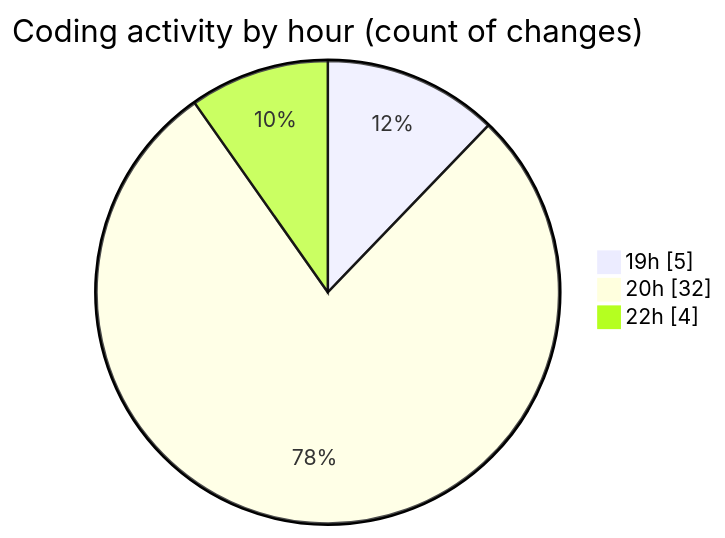
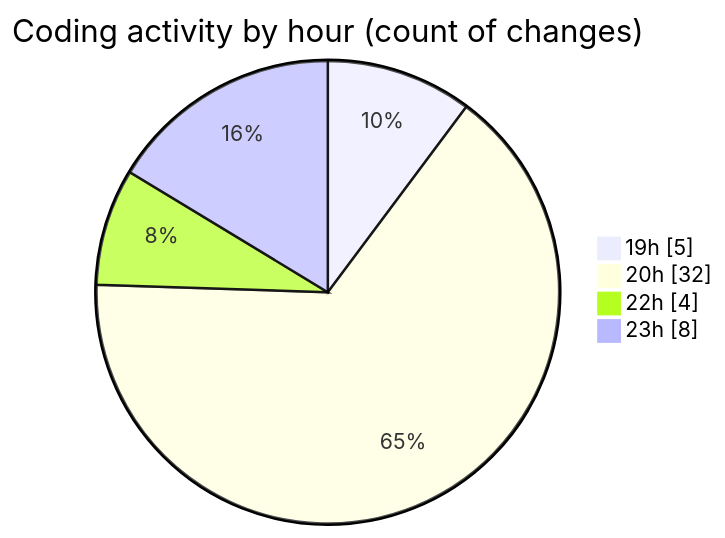
One commit to Netris89/code-tracking changed the second of 2 diagrams in 2025-04-25/echo/README.md. Above: the diagram before and after it, drawn with Mermaid. The commit also changed other lines of this file and 1 other file, not shown here.

````diff
--- a/2025-04-25/echo/README.md
+++ b/2025-04-25/echo/README.md
@@ -30,7 +31,8 @@
 ```mermaid
 pie showData
 title Coding activity by hour (count of changes)
 "19h" : 5
 "20h" : 32
 "22h" : 4
+"23h" : 8
 ```
````
